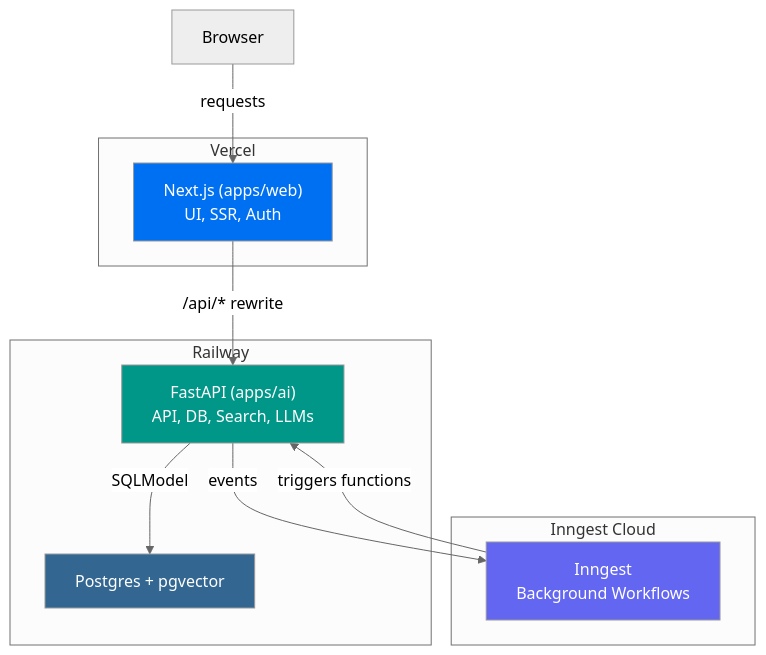
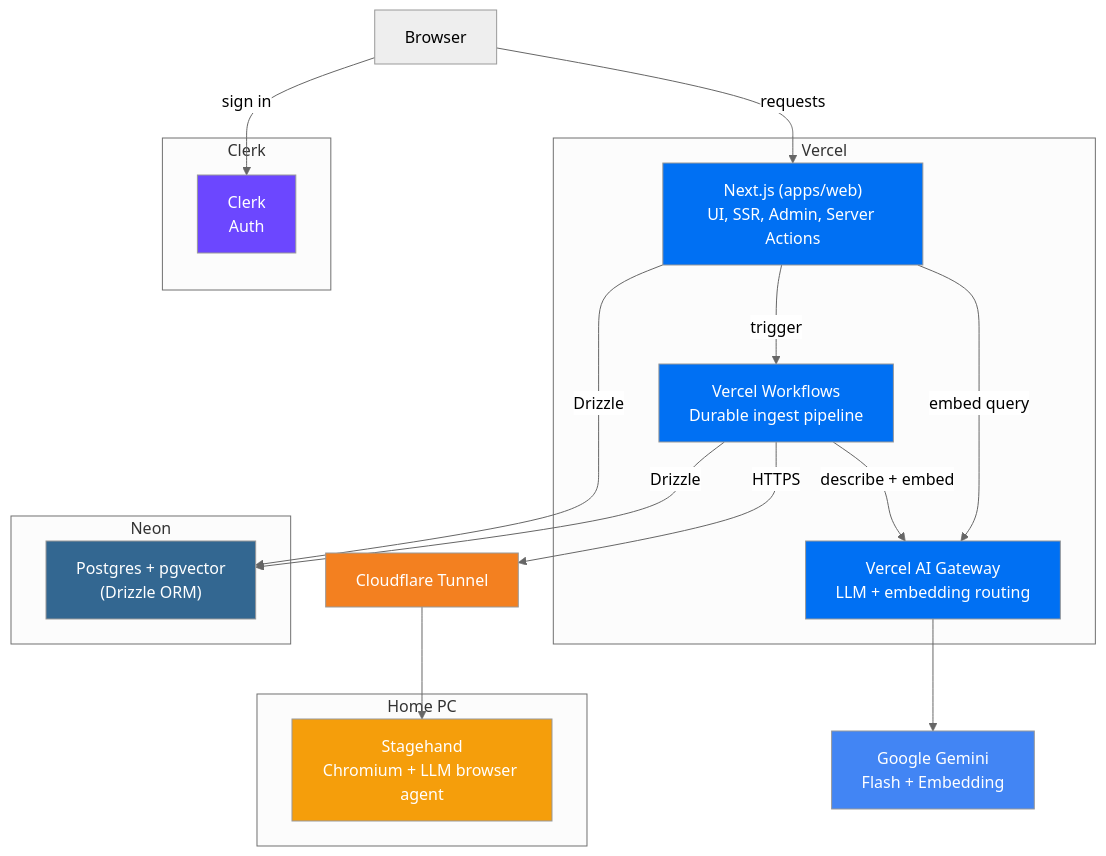
One commit to jagrat7/Shadpedia changed the first of 2 diagrams in README.md. Above: the diagram before and after it, drawn with Mermaid (neutral theme). The commit also changed other lines of this file, not shown here.

Commit message:
update architecture docs to reflect vercel workflows, stagehand crawler, and simplified typescript stack

````diff
--- a/README.md
+++ b/README.md
@@ -70,28 +72,45 @@
 ```mermaid
 graph TD
     Browser["Browser"]
 
     subgraph Vercel
-        Next["Next.js (apps/web)<br/>UI, SSR, Auth"]
+        Next["Next.js (apps/web)<br/>UI, SSR, Admin, Server Actions"]
+        Workflow["Vercel Workflows<br/>Durable ingest pipeline"]
+        Gateway["Vercel AI Gateway<br/>LLM + embedding routing"]
     end
 
-    subgraph Railway
-        FastAPI["FastAPI (apps/ai)<br/>API, DB, Search, LLMs"]
-        Postgres["Postgres + pgvector"]
+    subgraph Clerk
+        Auth["Clerk<br/>Auth"]
     end
 
-    subgraph Inngest Cloud
-        Inngest["Inngest<br/>Background Workflows"]
+    subgraph Neon
+        Postgres["Postgres + pgvector<br/>(Drizzle ORM)"]
     end
 
+    subgraph Home["Home PC"]
+        Stagehand["Stagehand<br/>Chromium + LLM browser agent"]
+    end
+
+    Tunnel["Cloudflare Tunnel"]
+    Google["Google Gemini<br/>Flash + Embedding"]
+
     Browser -->|requests| Next
-    Next -->|"/api/*" rewrite| FastAPI
-    FastAPI -->|SQLModel| Postgres
-    FastAPI -->|events| Inngest
-    Inngest -->|triggers functions| FastAPI
+    Browser -->|sign in| Auth
+    Next -->|Drizzle| Postgres
+    Next -->|trigger| Workflow
+    Workflow -->|HTTPS| Tunnel
+    Tunnel --> Stagehand
+    Workflow -->|describe + embed| Gateway
+    Workflow -->|Drizzle| Postgres
+    Next -->|embed query| Gateway
+    Gateway --> Google
 
     style Next fill:#0070f3,color:#fff
-    style FastAPI fill:#009688,color:#fff
+    style Workflow fill:#0070f3,color:#fff
+    style Gateway fill:#0070f3,color:#fff
     style Postgres fill:#336791,color:#fff
-    style Inngest fill:#6366f1,color:#fff
+    style Stagehand fill:#f59e0b,color:#fff
+    style Tunnel fill:#f38020,color:#fff
+    style Auth fill:#6c47ff,color:#fff
+    style Google fill:#4285f4,color:#fff
 ```
````
